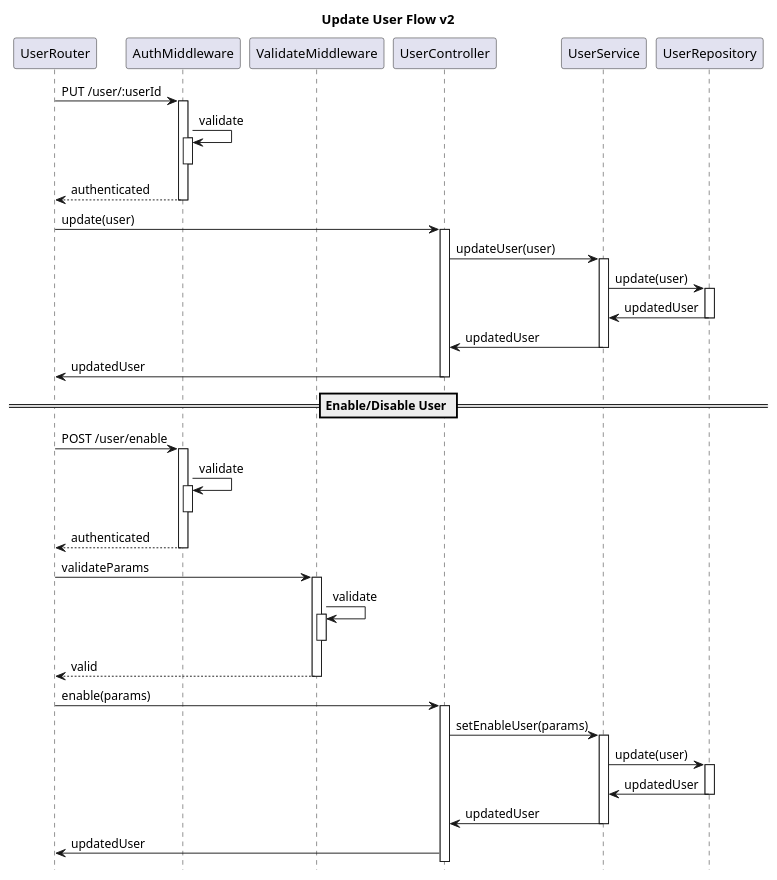
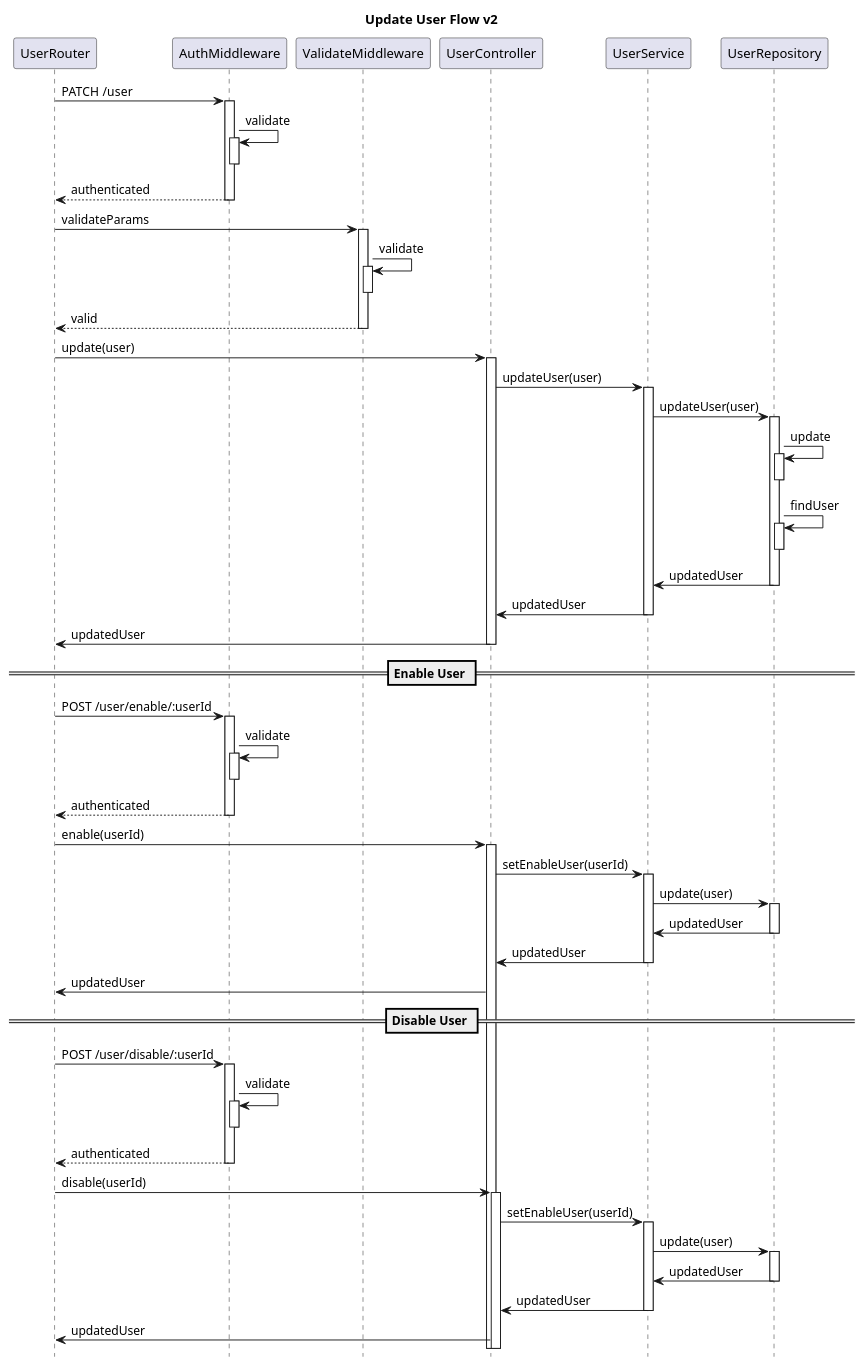
One commit to mcaligares/express-typescript changed the sixth of 6 diagrams in .docs/user.puml. Above: the diagram before and after it, drawn with PlantUML. The commit also changed 7 other files, not shown here.

```diff
--- a/.docs/user.puml
+++ b/.docs/user.puml
@@ -127,41 +127,57 @@
 @startuml update user
 title Update User Flow v2
 hide footbox
 participant UserRouter order 1
 participant AuthMiddleware order 2
 participant ValidateMiddleware order 3
 participant UserController order 4
 participant UserService order 5
 participant UserRepository order 6
 
-UserRouter -> AuthMiddleware ++: PUT /user/:userId
-AuthMiddleware -> AuthMiddleware ++--: validate
-AuthMiddleware --> UserRouter --: authenticated
-
-UserRouter -> UserController ++ : update(user)
-
-UserController -> UserService ++: updateUser(user)
-UserService -> UserRepository ++: update(user)
-UserRepository -> UserService --: updatedUser
-UserService -> UserController --: updatedUser
-UserController -> UserRouter --: updatedUser
-
-== Enable/Disable User ==
-
-UserRouter -> AuthMiddleware ++: POST /user/enable
+UserRouter -> AuthMiddleware ++: PATCH /user
 AuthMiddleware -> AuthMiddleware ++--: validate
 AuthMiddleware --> UserRouter --: authenticated
 
 UserRouter -> ValidateMiddleware ++: validateParams
 ValidateMiddleware -> ValidateMiddleware ++--: validate
 ValidateMiddleware --> UserRouter --: valid
 
-UserRouter -> UserController ++ : enable(params)
+UserRouter -> UserController ++ : update(user)
 
-UserController -> UserService ++: setEnableUser(params)
+UserController -> UserService ++: updateUser(user)
+UserService -> UserRepository ++: updateUser(user)
+UserRepository -> UserRepository ++--: update
+UserRepository -> UserRepository ++--: findUser
+UserRepository -> UserService --: updatedUser
+UserService -> UserController --: updatedUser
+UserController -> UserRouter --: updatedUser
+
+== Enable User ==
+
+UserRouter -> AuthMiddleware ++: POST /user/enable/:userId
+AuthMiddleware -> AuthMiddleware ++--: validate
+AuthMiddleware --> UserRouter --: authenticated
+
+UserRouter -> UserController ++ : enable(userId)
+
+UserController -> UserService ++: setEnableUser(userId)
+UserService -> UserRepository ++: update(user)
+UserRepository -> UserService --: updatedUser
+UserService -> UserController --: updatedUser
+UserController -> UserRouter : updatedUser
+
+== Disable User ==
+
+UserRouter -> AuthMiddleware ++: POST /user/disable/:userId
+AuthMiddleware -> AuthMiddleware ++--: validate
+AuthMiddleware --> UserRouter --: authenticated
+
+UserRouter -> UserController ++ : disable(userId)
+
+UserController -> UserService ++: setEnableUser(userId)
 UserService -> UserRepository ++: update(user)
 UserRepository -> UserService --: updatedUser
 UserService -> UserController --: updatedUser
 UserController -> UserRouter : updatedUser
 
 @enduml
```
